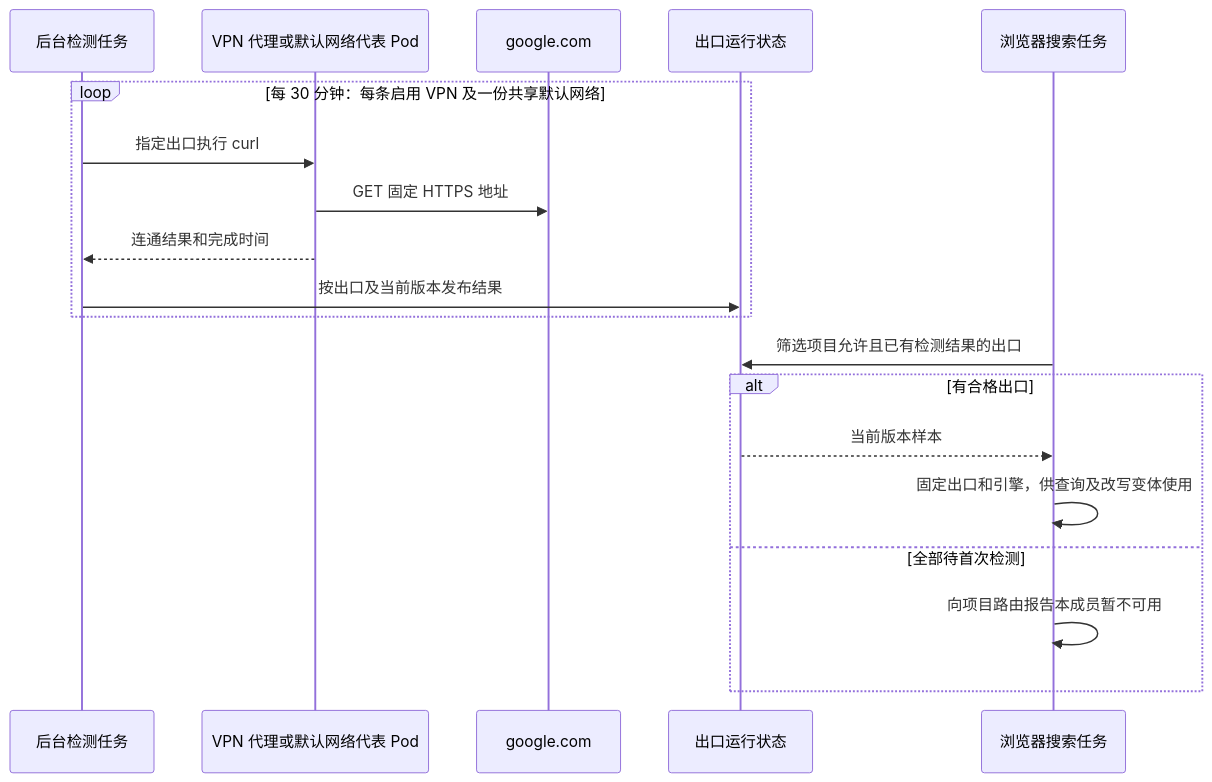
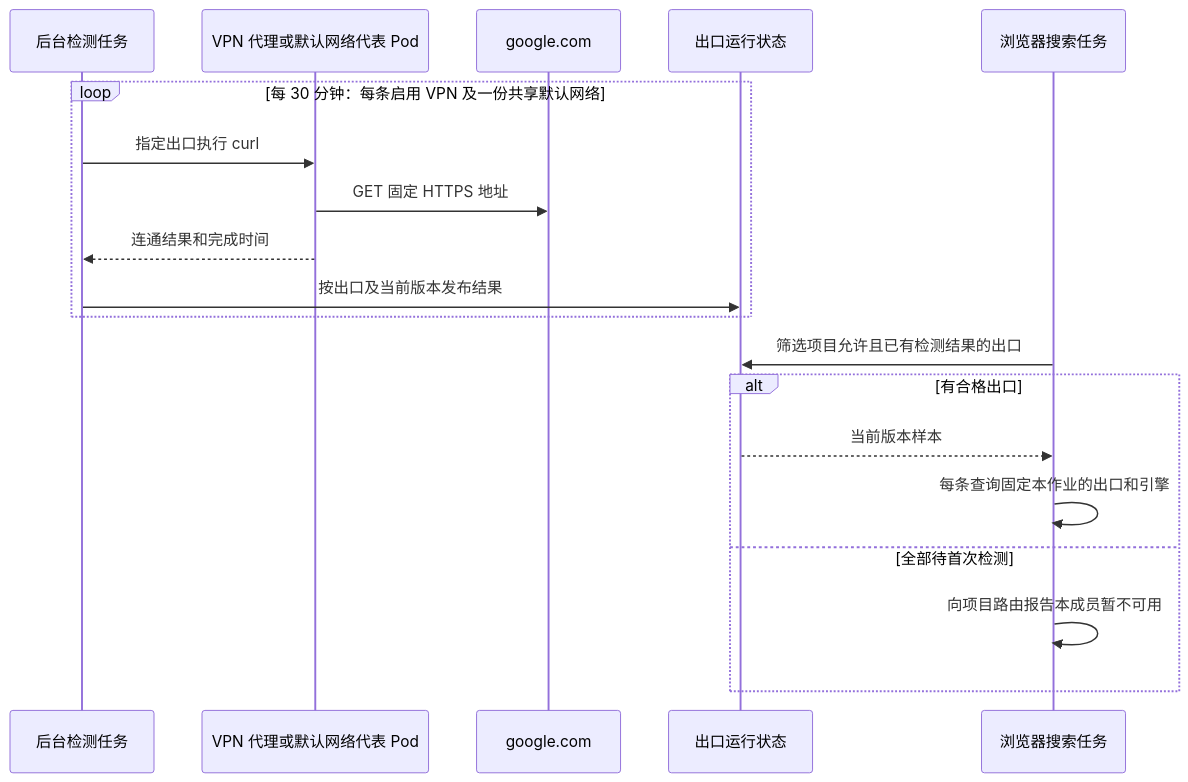
One commit to Minecodex/OpenAgentSearch changed the second of 6 diagrams in docs/plan1/07-browser-proxies.md. Above: the diagram before and after it, drawn with Mermaid. The commit also changed other lines of this file and 276 other files, not shown here.

````diff
--- a/docs/plan1/07-browser-proxies.md
+++ b/docs/plan1/07-browser-proxies.md
@@ -47,21 +47,21 @@
 ```mermaid
 sequenceDiagram
     participant T as 后台检测任务
     participant E as VPN 代理或默认网络代表 Pod
     participant G as google.com
     participant S as 出口运行状态
     participant B as 浏览器搜索任务
     loop 每 30 分钟：每条启用 VPN 及一份共享默认网络
         T->>E: 指定出口执行 curl
         E->>G: GET 固定 HTTPS 地址
         E-->>T: 连通结果和完成时间
         T->>S: 按出口及当前版本发布结果
     end
     B->>S: 筛选项目允许且已有检测结果的出口
     alt 有合格出口
         S-->>B: 当前版本样本
-        B->>B: 固定出口和引擎，供查询及改写变体使用
+    B->>B: 每条查询固定本作业的出口和引擎
     else 全部待首次检测
         B->>B: 向项目路由报告本成员暂不可用
     end
 ```
````
